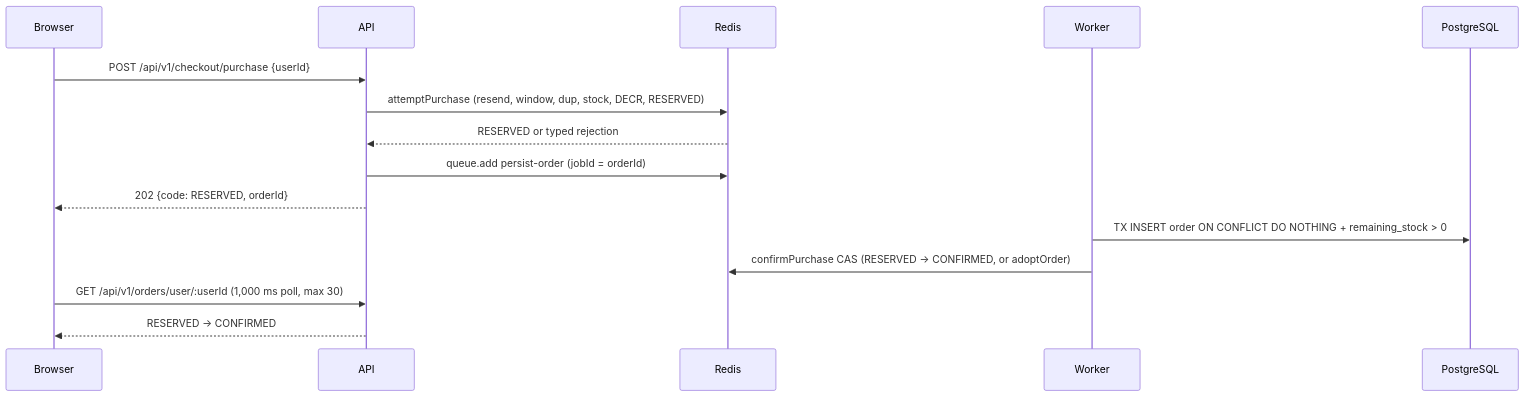
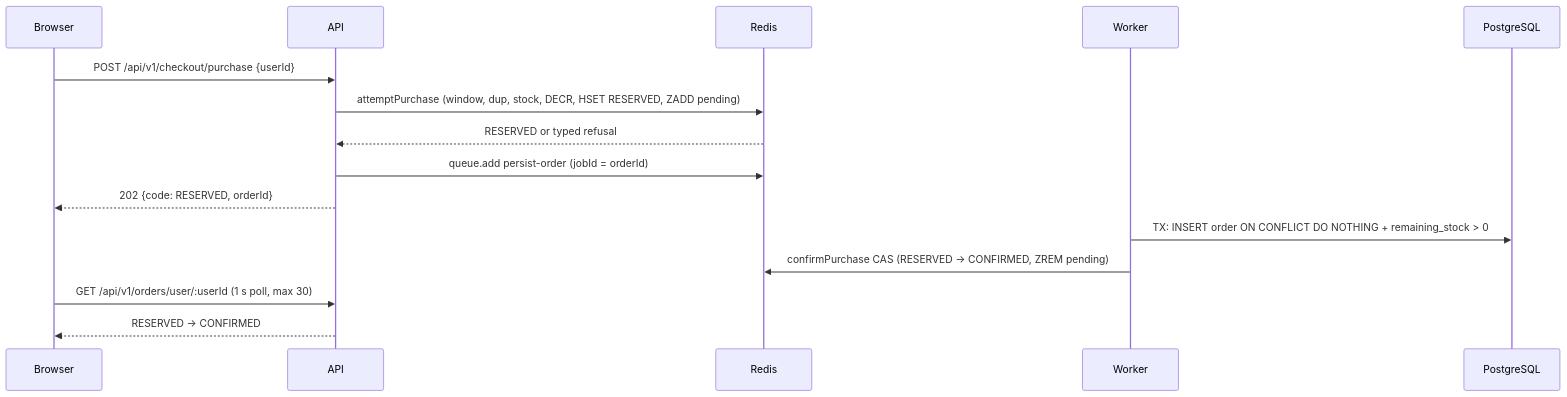
The second of 2 diagrams in README.md (minhhieple97/flash-sale-system), drawn with Mermaid before and after one commit. The commit also changed other lines of this file and 155 other files, not shown here.

````diff
--- a/README.md
+++ b/README.md
@@ -56,12 +56,12 @@
 ```mermaid
 sequenceDiagram
     Browser->>API: POST /api/v1/checkout/purchase {userId}
-    API->>Redis: attemptPurchase (resend, window, dup, stock, DECR, RESERVED)
-    Redis-->>API: RESERVED or typed rejection
+    API->>Redis: attemptPurchase (window, dup, stock, DECR, HSET RESERVED, ZADD pending)
+    Redis-->>API: RESERVED or typed refusal
     API->>Redis: queue.add persist-order (jobId = orderId)
     API-->>Browser: 202 {code: RESERVED, orderId}
-    Worker->>PostgreSQL: TX INSERT order ON CONFLICT DO NOTHING + remaining_stock > 0
-    Worker->>Redis: confirmPurchase CAS (RESERVED -> CONFIRMED, or adoptOrder)
-    Browser->>API: GET /api/v1/orders/user/:userId (1,000 ms poll, max 30)
+    Worker->>PostgreSQL: TX: INSERT order ON CONFLICT DO NOTHING + remaining_stock > 0
+    Worker->>Redis: confirmPurchase CAS (RESERVED -> CONFIRMED, ZREM pending)
+    Browser->>API: GET /api/v1/orders/user/:userId (1 s poll, max 30)
     API-->>Browser: RESERVED -> CONFIRMED
 ```
````
